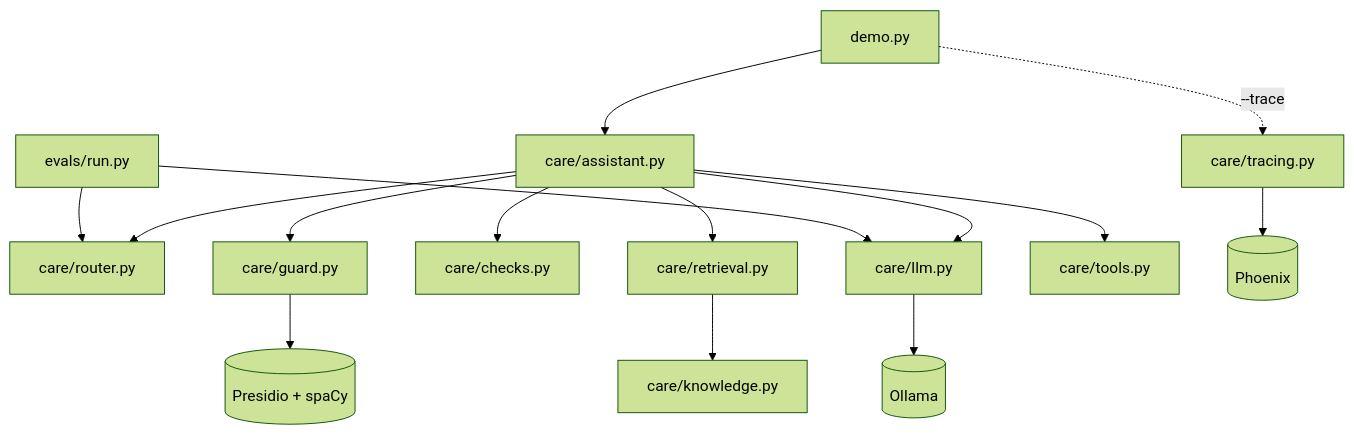
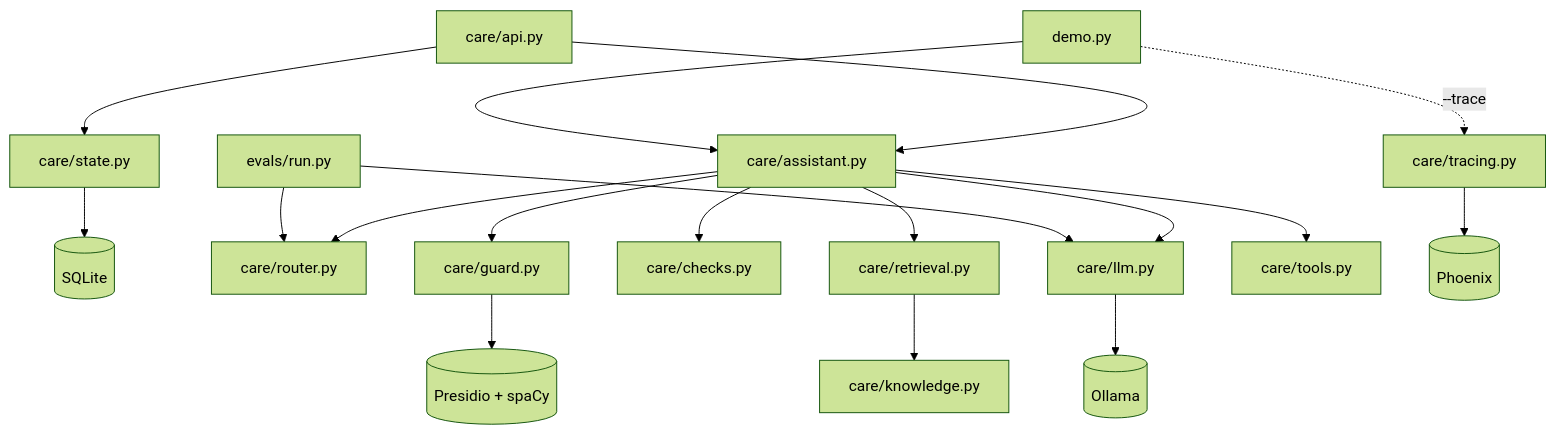
One commit to Zawala/whatsapp-agent-eco changed the diagram in docs/components.md. Above: the diagram before and after it, drawn with Mermaid (forest theme). The commit also changed other lines of this file and 6 other files, not shown here.

````diff
--- a/docs/components.md
+++ b/docs/components.md
@@ -12,19 +12,22 @@
 ```mermaid
 flowchart TD
     demo["demo.py"] --> assistant
     demo -. "--trace" .-> tracing
+    api["care/api.py"] --> assistant
+    api --> state["care/state.py"]
+    state --> sqlite[("SQLite")]
     evals["evals/run.py"] --> router
     evals --> llm
 
     assistant["care/assistant.py"] --> router["care/router.py"]
     assistant --> checks["care/checks.py"]
     assistant --> guard["care/guard.py"]
     assistant --> retrieval["care/retrieval.py"]
     assistant --> tools["care/tools.py"]
     assistant --> llm["care/llm.py"]
     retrieval --> knowledge["care/knowledge.py"]
 
     llm --> ollama[("Ollama")]
     guard --> presidio[("Presidio + spaCy")]
     tracing["care/tracing.py"] --> phoenix[("Phoenix")]
 ```
````
